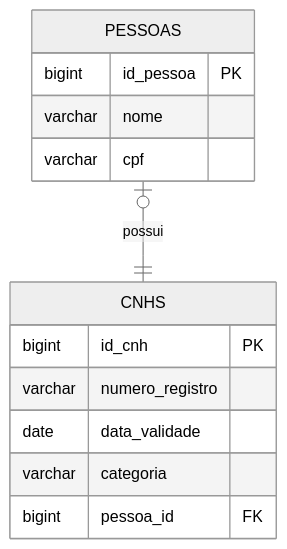
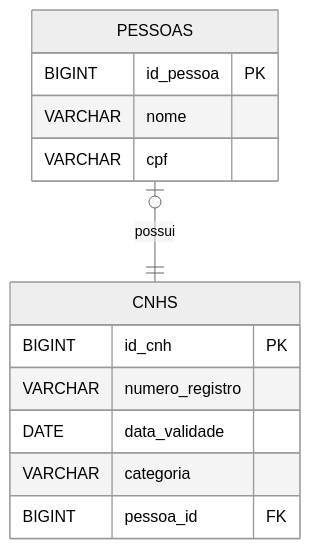
One commit to DSM-Fatec-Jahu/BDR-DSM-2026-2 changed the fourth of 13 diagrams in docs/aulas/Cardinalidade_MER_Completo.md. Above: the diagram before and after it, drawn with Mermaid (neutral theme). The commit also changed other lines of this file and 2 other files, not shown here.

First line of the commit message:
Padroniza tipos SQL em MAIÚSCULAS nos diagramas (Regra 3)

````diff
--- a/docs/aulas/Cardinalidade_MER_Completo.md
+++ b/docs/aulas/Cardinalidade_MER_Completo.md
@@ -249,18 +249,18 @@
 ```mermaid
 erDiagram
     PESSOAS {
-        bigint id_pessoa PK
-        varchar nome
-        varchar cpf
+        BIGINT id_pessoa PK
+        VARCHAR nome
+        VARCHAR cpf
     }
 
     CNHS {
-        bigint id_cnh PK
-        varchar numero_registro
-        date data_validade
-        varchar categoria
-        bigint pessoa_id FK
+        BIGINT id_cnh PK
+        VARCHAR numero_registro
+        DATE data_validade
+        VARCHAR categoria
+        BIGINT pessoa_id FK
     }
 
     PESSOAS |o--|| CNHS : "possui"
 ```
````
